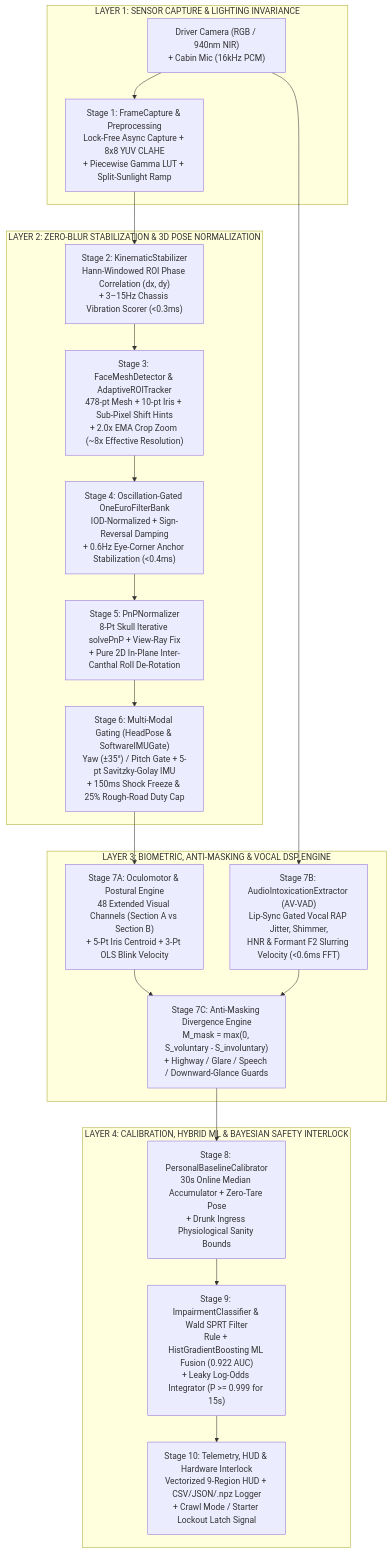
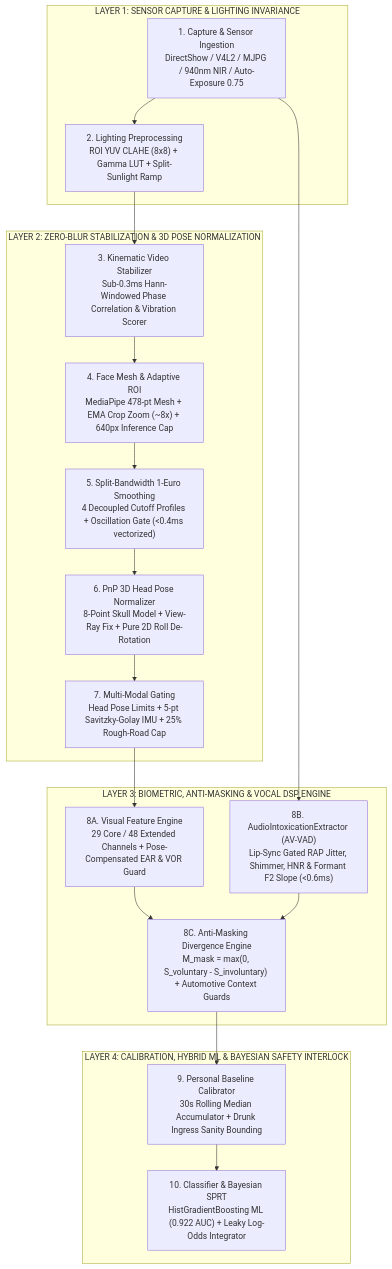
One commit to Thanos3541R/The_Overclocked changed the second of 3 diagrams in README.md. Above: the diagram before and after it, drawn with Mermaid. The commit also changed other lines of this file, not shown here.

Commit message:
docs: fix LaTeX math rendering, add audio DSP documentation & update SSOT architecture

````diff
--- a/README.md
+++ b/README.md
@@ -75,27 +77,26 @@
 ```mermaid
 flowchart TD
     subgraph L1["LAYER 1: SENSOR CAPTURE & LIGHTING INVARIANCE"]
-        A["Driver Camera (RGB / 940nm NIR)\n+ Cabin Mic (16kHz PCM)"] --> B["Stage 1: FrameCapture & Preprocessing\nLock-Free Async Capture + 8x8 YUV CLAHE\n+ Piecewise Gamma LUT + Split-Sunlight Ramp"]
+        A["1. Capture & Sensor Ingestion\nDirectShow / V4L2 / MJPG / 940nm NIR / Auto-Exposure 0.75"] --> B["2. Lighting Preprocessing\nROI YUV CLAHE (8x8) + Gamma LUT + Split-Sunlight Ramp"]
     end
 
     subgraph L2["LAYER 2: ZERO-BLUR STABILIZATION & 3D POSE NORMALIZATION"]
-        B --> C["Stage 2: KinematicStabilizer\nHann-Windowed ROI Phase Correlation (dx, dy)\n+ 3–15Hz Chassis Vibration Scorer (<0.3ms)"]
-        C --> D["Stage 3: FaceMeshDetector & AdaptiveROITracker\n478-pt Mesh + 10-pt Iris + Sub-Pixel Shift Hints\n+ 2.0x EMA Crop Zoom (~8x Effective Resolution)"]
-        D --> E["Stage 4: Oscillation-Gated OneEuroFilterBank\nIOD-Normalized + Sign-Reversal Damping\n+ 0.6Hz Eye-Corner Anchor Stabilization (<0.4ms)"]
-        E --> F["Stage 5: PnPNormalizer\n8-Pt Skull Iterative solvePnP + View-Ray Fix\n+ Pure 2D In-Plane Inter-Canthal Roll De-Rotation"]
-        F --> G["Stage 6: Multi-Modal Gating (HeadPose & SoftwareIMUGate)\nYaw (±35°) / Pitch Gate + 5-pt Savitzky-Golay IMU\n+ 150ms Shock Freeze & 25% Rough-Road Duty Cap"]
+        B --> C["3. Kinematic Video Stabilizer\nSub-0.3ms Hann-Windowed Phase Correlation & Vibration Scorer"]
+        C --> D["4. Face Mesh & Adaptive ROI\nMediaPipe 478-pt Mesh + EMA Crop Zoom (~8x) + 640px Inference Cap"]
+        D --> E["5. Split-Bandwidth 1-Euro Smoothing\n4 Decoupled Cutoff Profiles + Oscillation Gate (<0.4ms vectorized)"]
+        E --> F["6. PnP 3D Head Pose Normalizer\n8-Point Skull Model + View-Ray Fix + Pure 2D Roll De-Rotation"]
+        F --> G["7. Multi-Modal Gating\nHead Pose Limits + 5-pt Savitzky-Golay IMU + 25% Rough-Road Cap"]
     end
 
     subgraph L3["LAYER 3: BIOMETRIC, ANTI-MASKING & VOCAL DSP ENGINE"]
-        G --> H["Stage 7A: Oculomotor & Postural Engine\n48 Extended Visual Channels (Section A vs Section B)\n+ 5-Pt Iris Centroid + 3-Pt OLS Blink Velocity"]
-        A --> H2["Stage 7B: AudioIntoxicationExtractor (AV-VAD)\nLip-Sync Gated Vocal RAP Jitter, Shimmer,\nHNR & Formant F2 Slurring Velocity (<0.6ms FFT)"]
-        H --> I["Stage 7C: Anti-Masking Divergence Engine\nM_mask = max(0, S_voluntary - S_involuntary)\n+ Highway / Glare / Speech / Downward-Glance Guards"]
+        G --> H["8A. Visual Feature Engine\n29 Core / 48 Extended Channels + Pose-Compensated EAR & VOR Guard"]
+        A --> H2["8B. AudioIntoxicationExtractor (AV-VAD)\nLip-Sync Gated RAP Jitter, Shimmer, HNR & Formant F2 Slope (<0.6ms)"]
+        H --> I["8C. Anti-Masking Divergence Engine\nM_mask = max(0, S_voluntary - S_involuntary) + Automotive Context Guards"]
         H2 --> I
     end
 
     subgraph L4["LAYER 4: CALIBRATION, HYBRID ML & BAYESIAN SAFETY INTERLOCK"]
-        I --> J["Stage 8: PersonalBaselineCalibrator\n30s Online Median Accumulator + Zero-Tare Pose\n+ Drunk Ingress Physiological Sanity Bounds"]
-        J --> K["Stage 9: ImpairmentClassifier & Wald SPRT Filter\nRule + HistGradientBoosting ML Fusion (0.922 AUC)\n+ Leaky Log-Odds Integrator (P >= 0.999 for 15s)"]
-        K --> L["Stage 10: Telemetry, HUD & Hardware Interlock\nVectorized 9-Region HUD + CSV/JSON/.npz Logger\n+ Crawl Mode / Starter Lockout Latch Signal"]
+        I --> J["9. Personal Baseline Calibrator\n30s Rolling Median Accumulator + Drunk Ingress Sanity Bounding"]
+        J --> K["10. Classifier & Bayesian SPRT\nHistGradientBoosting ML (0.922 AUC) + Leaky Log-Odds Integrator"]
     end
 ```
````
